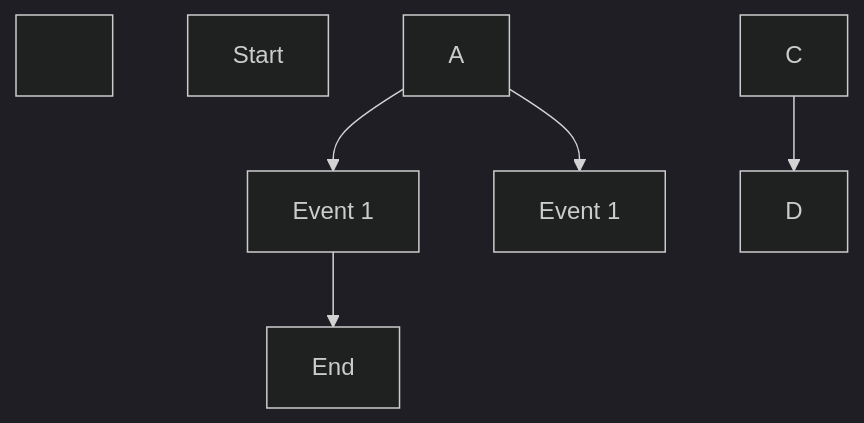
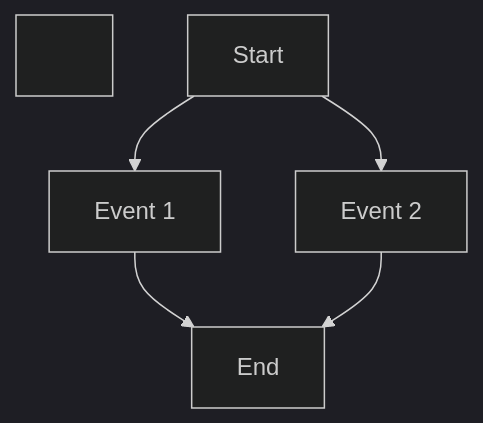
Before and after one commit to LbsLundAW/DiceGame-Examples: the diagram in README.md, drawn with Mermaid (dark theme).

````diff
--- a/README.md
+++ b/README.md
@@ -7,15 +7,15 @@
 ```mermaid
 
 graph TD
 
 &nbsp;	A\[Start]
 
-&nbsp;	A-->B\[Event 1]
+&nbsp;	A\[Start]-->B\[Event 1]
 
-&nbsp;	A-->C\[Event 1]
+&nbsp;	A\[Start]-->C\[Event 2]
 
 &nbsp;	B\[Event 1]-->D\[End]
 
-&nbsp;	C-->D
+&nbsp;	C\[Event 2]-->D\[End]
 
 ```
````
